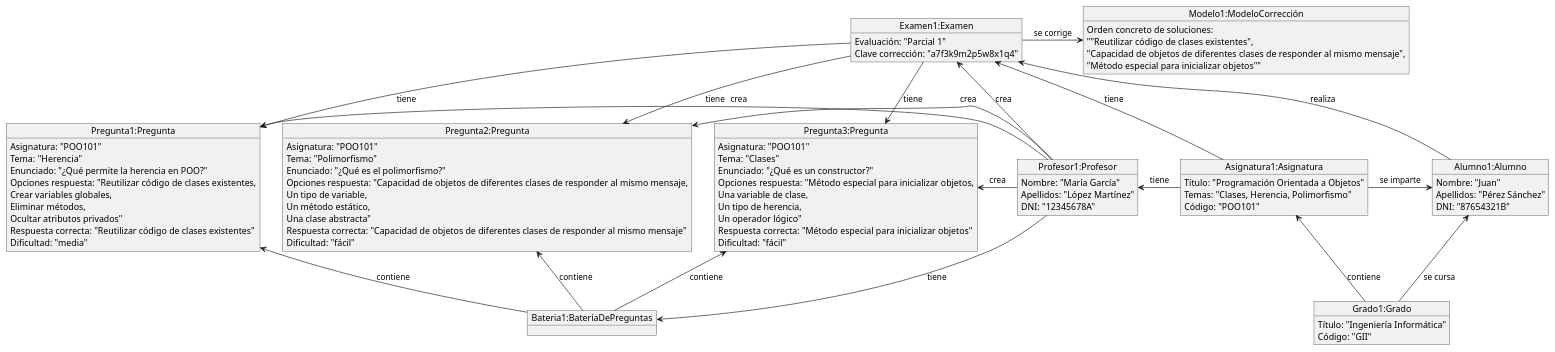
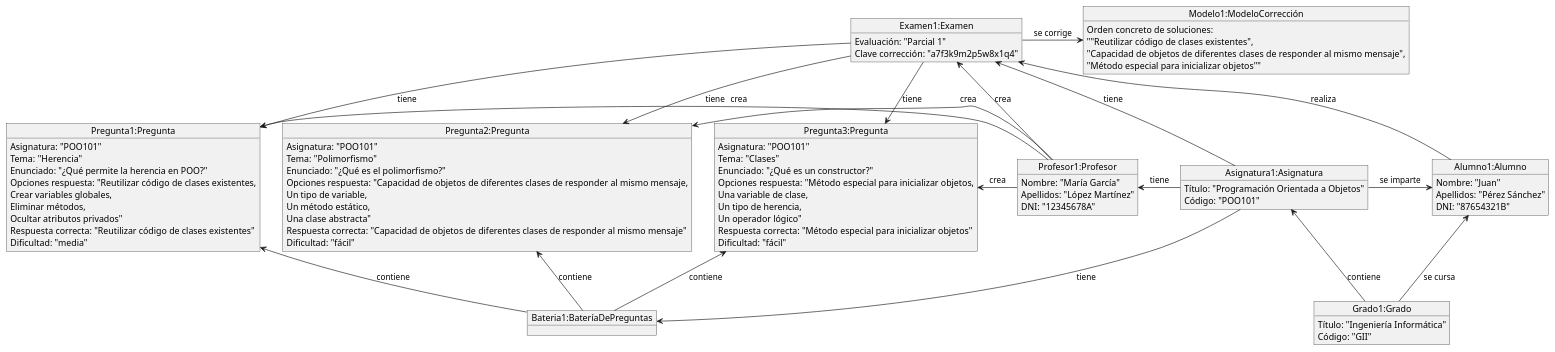
The diagram in documents/modelos/diagramas/diagramaObjetos/diagramaObjetos.puml (martinlopez7/25-26-IdSw1-SdR), drawn with PlantUML before and after one commit. The commit also changed 1 other file, not shown here.

Commit message:
fix(mdd): cambia la relacion de profesor-bateria por asignatura-bateria y elimina el atributo de "temas de asignatura [refs #22]

```diff
--- a/documents/modelos/diagramas/diagramaObjetos/diagramaObjetos.puml
+++ b/documents/modelos/diagramas/diagramaObjetos/diagramaObjetos.puml
@@ -1,90 +1,89 @@
 @startuml
 
 object "Grado1:Grado" as grado1 {
   Título: "Ingeniería Informática"
   Código: "GII"
 }
 
 object "Alumno1:Alumno" as alum1 {
   Nombre: "Juan"
   Apellidos: "Pérez Sánchez"
   DNI: "87654321B"
 }
 
 object "Asignatura1:Asignatura" as asig1 {
   Título: "Programación Orientada a Objetos"
-  Temas: "Clases, Herencia, Polimorfismo"
   Código: "POO101"
 }
 
 object "Profesor1:Profesor" as prof1 {
   Nombre: "María García"
   Apellidos: "López Martínez"
   DNI: "12345678A"
 }
 
 object "Examen1:Examen" as exam1 {
   Evaluación: "Parcial 1"
   Clave corrección: "a7f3k9m2p5w8x1q4"
 }
 
 object "Modelo1:ModeloCorrección" as modelo1 {
   Orden concreto de soluciones: 
 ""Reutilizar código de clases existentes",
 "Capacidad de objetos de diferentes clases de responder al mismo mensaje",
 "Método especial para inicializar objetos""
 }
 
 object "Bateria1:BateríaDePreguntas" as bateria1 {
 }
 
 object "Pregunta1:Pregunta" as preg1 {
   Asignatura: "POO101"
   Tema: "Herencia"
   Enunciado: "¿Qué permite la herencia en POO?"
   Opciones respuesta: "Reutilizar código de clases existentes,\nCrear variables globales,\nEliminar métodos,\nOcultar atributos privados"
   Respuesta correcta: "Reutilizar código de clases existentes"
   Dificultad: "media"
 }
 
 object "Pregunta2:Pregunta" as preg2 {
   Asignatura: "POO101"
   Tema: "Polimorfismo"
   Enunciado: "¿Qué es el polimorfismo?"
   Opciones respuesta: "Capacidad de objetos de diferentes clases de responder al mismo mensaje,\nUn tipo de variable,\nUn método estático,\nUna clase abstracta"
   Respuesta correcta: "Capacidad de objetos de diferentes clases de responder al mismo mensaje"
   Dificultad: "fácil"
 }
 
 object "Pregunta3:Pregunta" as preg3 {
   Asignatura: "POO101"
   Tema: "Clases"
   Enunciado: "¿Qué es un constructor?"
   Opciones respuesta: "Método especial para inicializar objetos,\nUna variable de clase,\nUn tipo de herencia,\nUn operador lógico"
   Respuesta correcta: "Método especial para inicializar objetos"
   Dificultad: "fácil"
 }
 
 grado1 -u-> asig1 : contiene
 grado1 -u-> alum1 : se cursa
 asig1 -l-> prof1 : tiene
 asig1 -u-> exam1 : tiene
 asig1 -r-> alum1 : se imparte
 prof1 -u-> exam1 : crea
-prof1 --> bateria1 : tiene
+asig1 --> bateria1 : tiene
 preg1 -[hidden]r- preg2
 preg2 -[hidden]r- preg3
 'La flecha de profesor1 a pregunta1 se junta con el margen de pregunta 3 y pregunta 2.
 prof1 -l-> preg1 : crea 
 prof1 -l-> preg2 : crea
 prof1 -l-> preg3 : crea
 exam1 -r-> modelo1 : se corrige
 alum1 -u-> exam1 : realiza
 exam1 -d-> preg1 : tiene
 exam1 -d-> preg2 : tiene
 exam1 -d-> preg3 : tiene
 bateria1 -u-> preg1 : contiene
 bateria1 -u-> preg2 : contiene
 bateria1 -u-> preg3 : contiene
 
 @enduml
```
